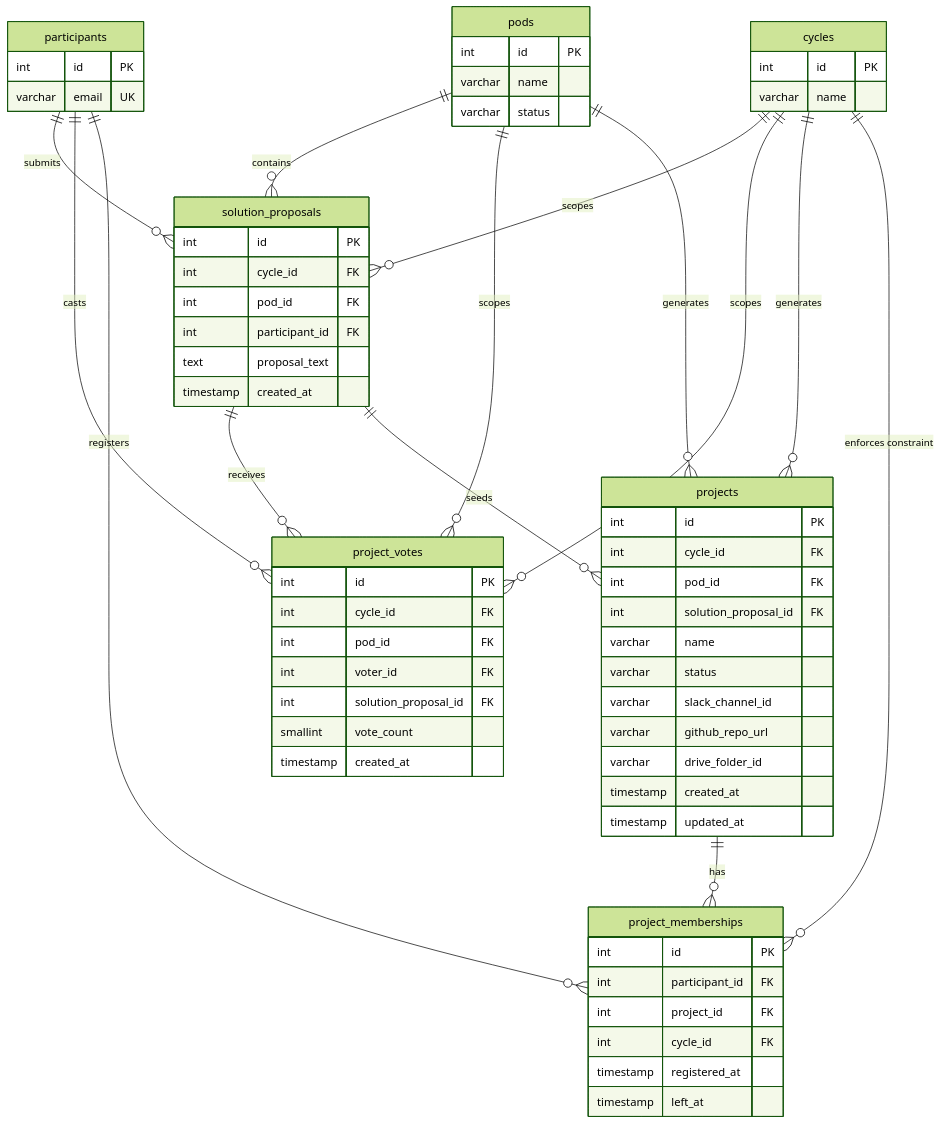
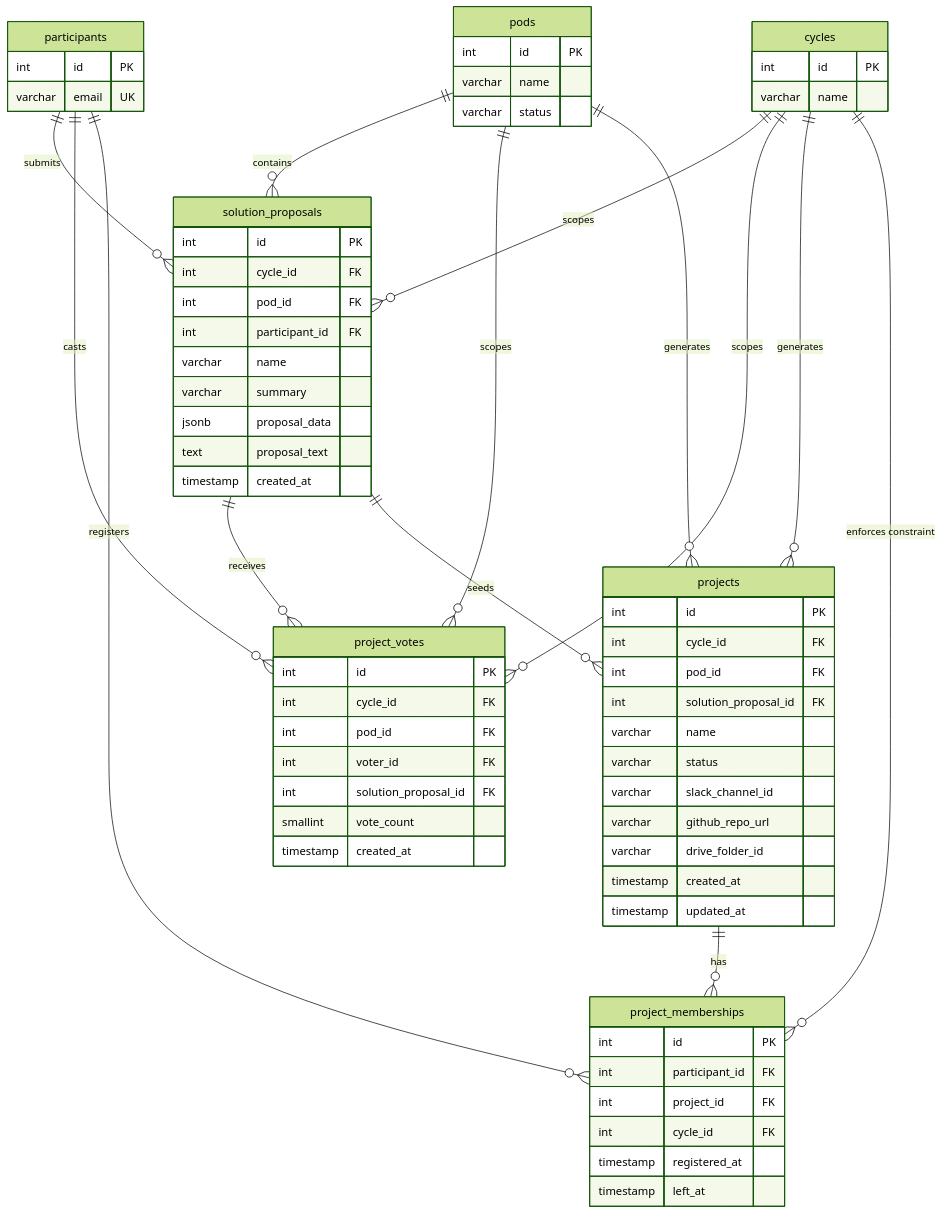
Before and after one commit to TheUpskillingLabs/OLOS: the fifth of 6 diagrams in SCHEMA.md, drawn with Mermaid (forest theme). The commit also changed other lines of this file and 14 other files, not shown here.

````diff
--- a/SCHEMA.md
+++ b/SCHEMA.md
@@ -286,74 +286,77 @@
 ```mermaid
 erDiagram
     cycles {
         int id PK
         varchar name
     }
 
     participants {
         int id PK
         varchar email UK
     }
 
     pods {
         int id PK
         varchar name
         varchar status
     }
 
     solution_proposals {
         int id PK
         int cycle_id FK
         int pod_id FK
         int participant_id FK
+        varchar name
+        varchar summary
+        jsonb proposal_data
         text proposal_text
         timestamp created_at
     }
 
     project_votes {
         int id PK
         int cycle_id FK
         int pod_id FK
         int voter_id FK
         int solution_proposal_id FK
         smallint vote_count
         timestamp created_at
     }
 
     projects {
         int id PK
         int cycle_id FK
         int pod_id FK
         int solution_proposal_id FK
         varchar name
         varchar status
         varchar slack_channel_id
         varchar github_repo_url
         varchar drive_folder_id
         timestamp created_at
         timestamp updated_at
     }
 
     project_memberships {
         int id PK
         int participant_id FK
         int project_id FK
         int cycle_id FK
         timestamp registered_at
         timestamp left_at
     }
 
     pods ||--o{ solution_proposals : "contains"
     participants ||--o{ solution_proposals : "submits"
     cycles ||--o{ solution_proposals : "scopes"
     solution_proposals ||--o{ project_votes : "receives"
     participants ||--o{ project_votes : "casts"
     pods ||--o{ project_votes : "scopes"
     cycles ||--o{ project_votes : "scopes"
     solution_proposals ||--o{ projects : "seeds"
     pods ||--o{ projects : "generates"
     cycles ||--o{ projects : "generates"
     projects ||--o{ project_memberships : "has"
     participants ||--o{ project_memberships : "registers"
     cycles ||--o{ project_memberships : "enforces constraint"
 ```
````
